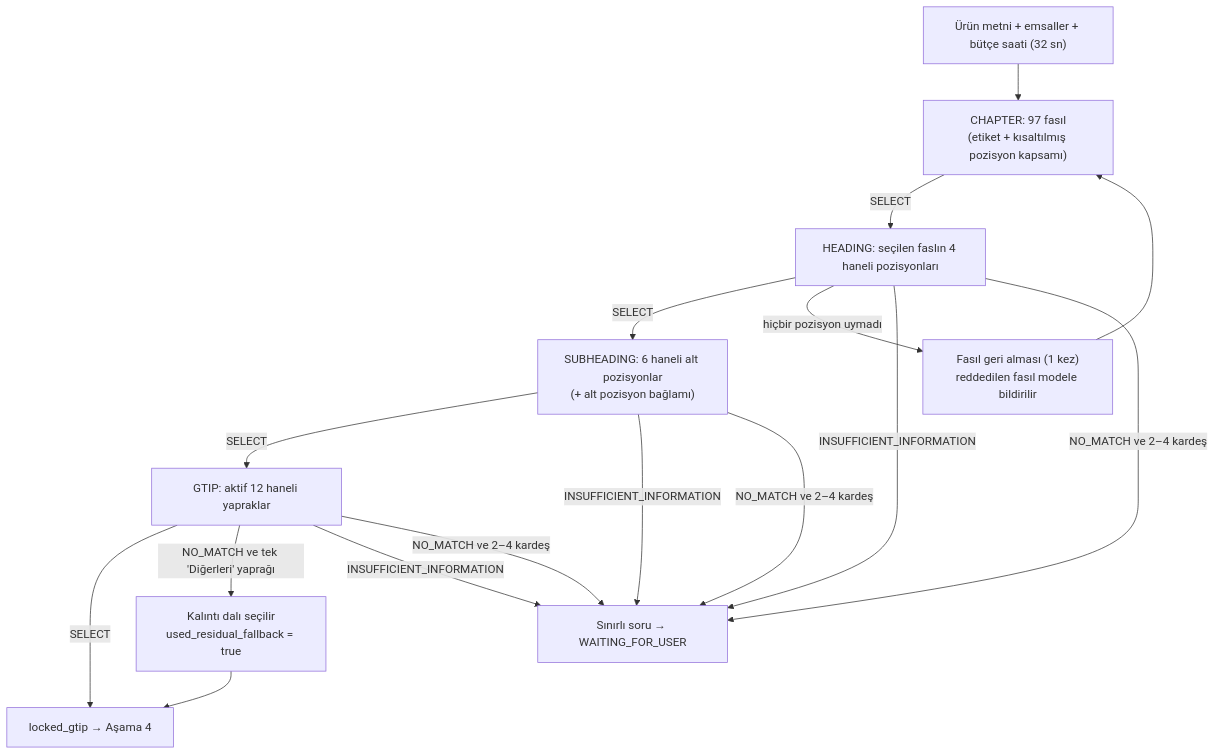
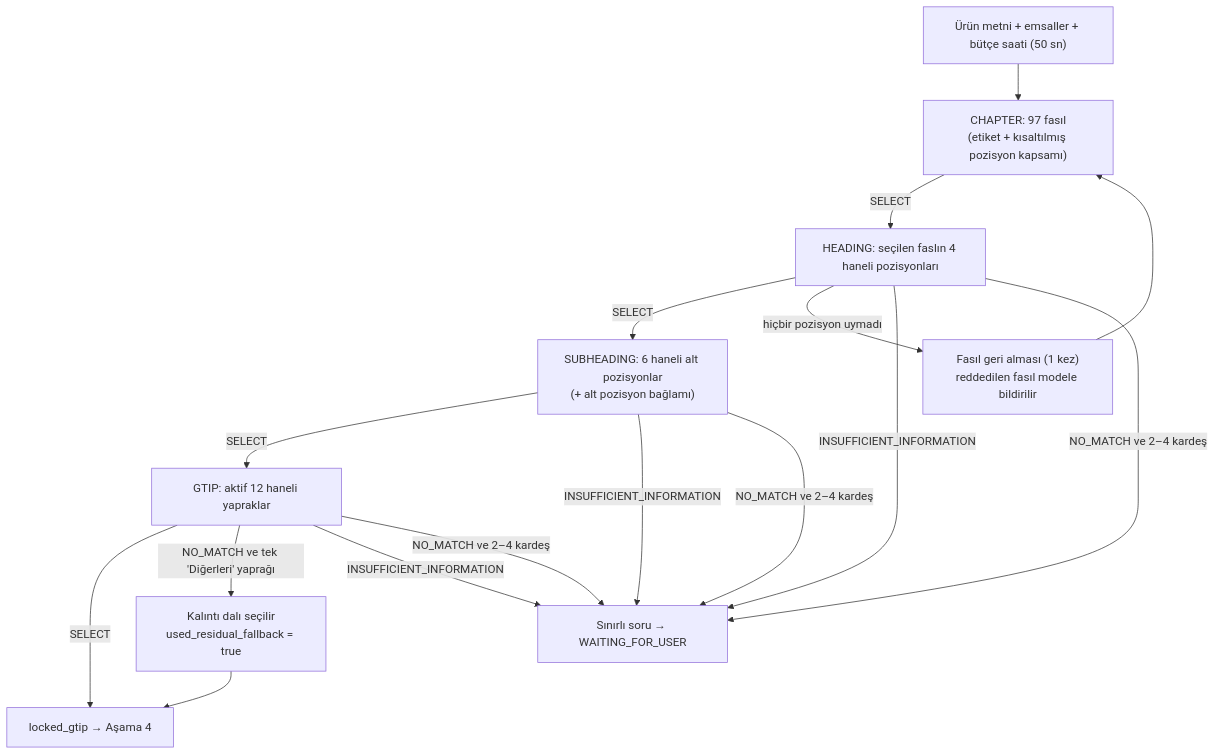
Before and after one commit to yusufarbc/yapay-zeka-gtip-tespiti: the second of 4 diagrams in MIMARI_VE_ALGORITMIK_RAPOR.md, drawn with Mermaid. The commit also changed other lines of this file and 4 other files, not shown here.

````diff
--- a/MIMARI_VE_ALGORITMIK_RAPOR.md
+++ b/MIMARI_VE_ALGORITMIK_RAPOR.md
@@ -238,18 +238,18 @@
 ```mermaid
 flowchart TD
-    Start["Ürün metni + emsaller + bütçe saati (32 sn)"] --> C["CHAPTER: 97 fasıl\n(etiket + kısaltılmış pozisyon kapsamı)"]
+    Start["Ürün metni + emsaller + bütçe saati (50 sn)"] --> C["CHAPTER: 97 fasıl\n(etiket + kısaltılmış pozisyon kapsamı)"]
     C -->|SELECT| H["HEADING: seçilen faslın 4 haneli pozisyonları"]
     H -->|SELECT| S["SUBHEADING: 6 haneli alt pozisyonlar\n(+ alt pozisyon bağlamı)"]
     H -->|hiçbir pozisyon uymadı| BT["Fasıl geri alması (1 kez)\nreddedilen fasıl modele bildirilir"]
     BT --> C
     S -->|SELECT| L["GTIP: aktif 12 haneli yapraklar"]
     L -->|SELECT| Done["locked_gtip → Aşama 4"]
     L -->|NO_MATCH ve tek 'Diğerleri' yaprağı| Res["Kalıntı dalı seçilir\nused_residual_fallback = true"]
     Res --> Done
     H -->|INSUFFICIENT_INFORMATION| Q["Sınırlı soru → WAITING_FOR_USER"]
     S -->|INSUFFICIENT_INFORMATION| Q
     L -->|INSUFFICIENT_INFORMATION| Q
     H -->|NO_MATCH ve 2–4 kardeş| Q
     S -->|NO_MATCH ve 2–4 kardeş| Q
     L -->|NO_MATCH ve 2–4 kardeş| Q
 ```
````
